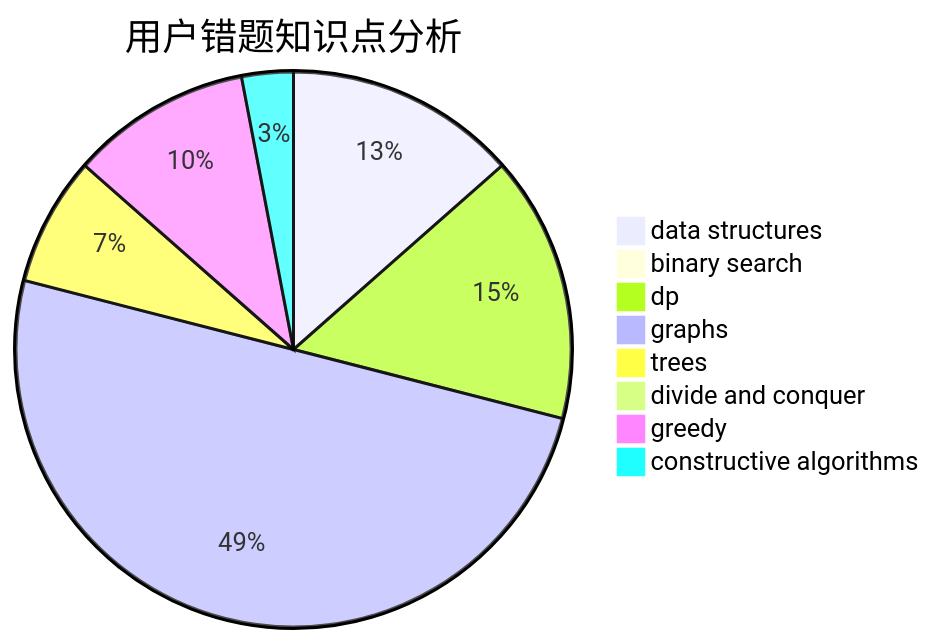
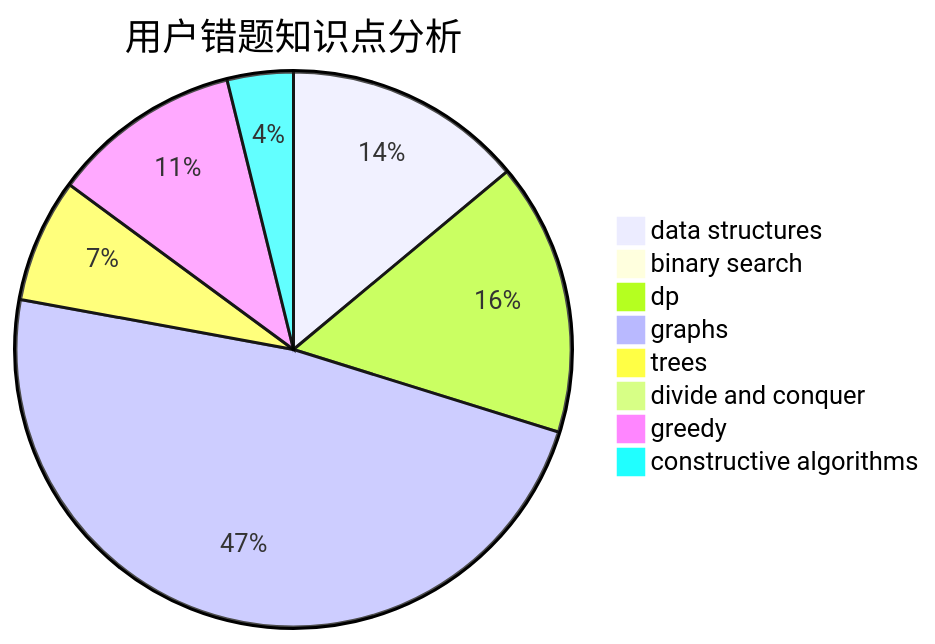
Before and after one commit to sherpahu/cfrs.github.io: the third of 3 diagrams in docs/user/u2615.md, drawn with Mermaid. The commit also changed other lines of this file and 2770 other files, not shown here.

````diff
--- a/docs/user/u2615.md
+++ b/docs/user/u2615.md
@@ -36,11 +36,11 @@
 ```mermaid
 pie title 用户错题知识点分析
-    "data structures" :  27
+    "data structures" :  29
     "binary search" :  2
-    "dp" :  31
+    "dp" :  33
     "graphs" :  100
     "trees" :  15
     "divide and conquer" :  2
-    "greedy" :  21
-    "constructive algorithms" :  6
+    "greedy" :  23
+    "constructive algorithms" :  8
 ```
````
